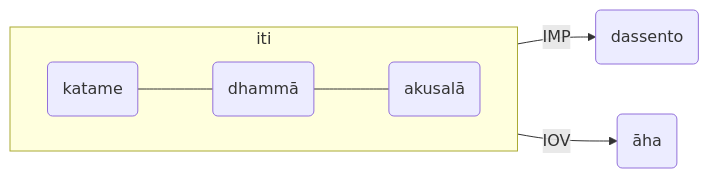
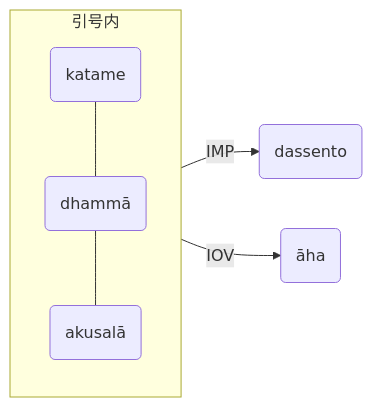
One commit to iapt-platform/pali-handbook changed the third of 4 diagrams in src/advance-relation/6_relations.md. Above: the diagram before and after it, drawn with Mermaid. The commit also changed other lines of this file and 3 other files, not shown here.

Commit message:
修复mermaid

```diff
--- a/src/advance-relation/6_relations.md
+++ b/src/advance-relation/6_relations.md
@@ -77,14 +75,13 @@
 <div class="mermaid">
 flowchart LR
-subgraph iti
-direction LR
+subgraph 引号内
 A("katame")
 B("dhammā")
 C("akusalā")
 A---B---C
 end
 D("dassento")
 E("āha")
-iti--"IMP"-->D
-iti--"IOV<br>"-->E
+引号内--"IMP"-->D
+引号内--"IOV<br>"-->E
 </div>
```
